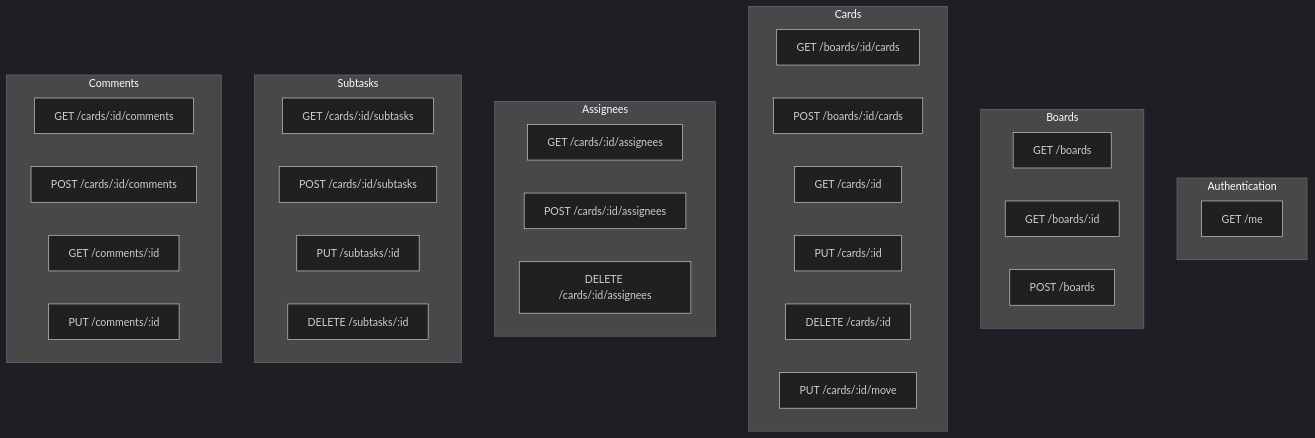
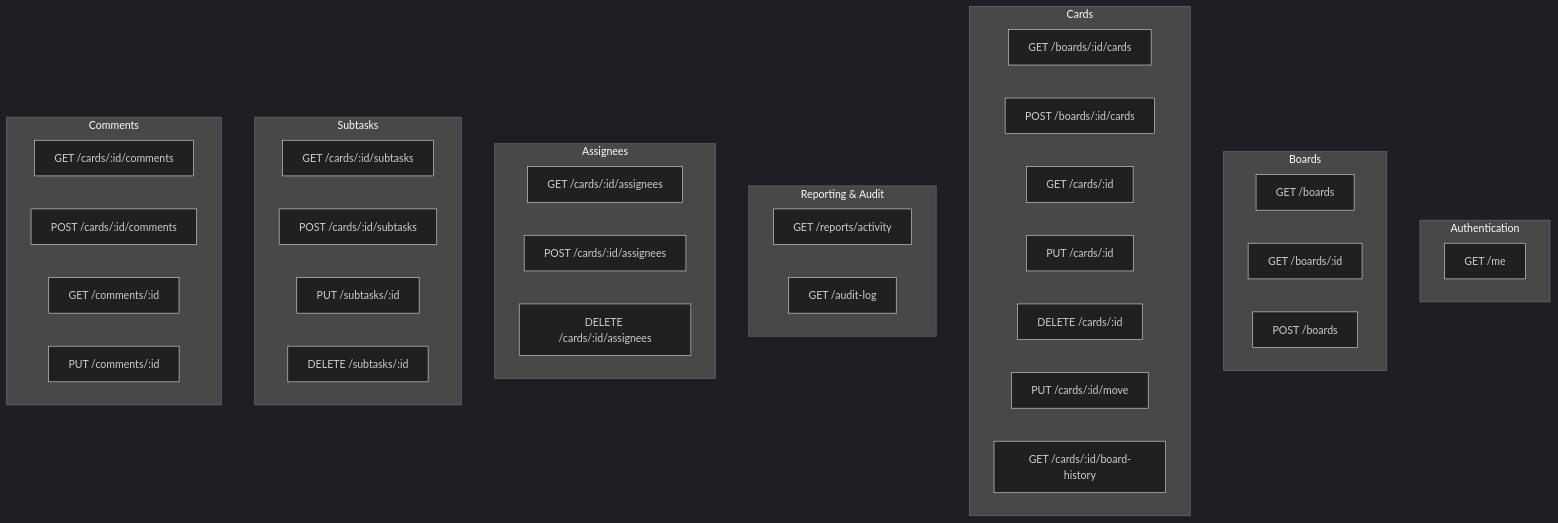
One commit to gitBoon/DumpFire changed the diagram in docs/api-reference.md. Above: the diagram before and after it, drawn with Mermaid (dark theme). The commit also changed other lines of this file and 27 other files, not shown here.

````diff
--- a/docs/api-reference.md
+++ b/docs/api-reference.md
@@ -70,41 +70,47 @@
 ```mermaid
 flowchart TB
     subgraph Auth["Authentication"]
         Me["GET /me"]
     end
 
     subgraph Boards["Boards"]
         ListBoards["GET /boards"]
         GetBoard["GET /boards/:id"]
         CreateBoard["POST /boards"]
     end
 
     subgraph Cards["Cards"]
         ListCards["GET /boards/:id/cards"]
         CreateCard["POST /boards/:id/cards"]
         GetCard["GET /cards/:id"]
         UpdateCard["PUT /cards/:id"]
         DeleteCard["DELETE /cards/:id"]
         MoveCard["PUT /cards/:id/move"]
+        BoardHistory["GET /cards/:id/board-history"]
+    end
+
+    subgraph Reporting["Reporting & Audit"]
+        Report["GET /reports/activity"]
+        Audit["GET /audit-log"]
     end
 
     subgraph Assignees["Assignees"]
         ListAssignees["GET /cards/:id/assignees"]
         AddAssignee["POST /cards/:id/assignees"]
         RemoveAssignee["DELETE /cards/:id/assignees"]
     end
 
     subgraph Subtasks["Subtasks"]
         ListSubtasks["GET /cards/:id/subtasks"]
         CreateSubtask["POST /cards/:id/subtasks"]
         UpdateSubtask["PUT /subtasks/:id"]
         DeleteSubtask["DELETE /subtasks/:id"]
     end
 
     subgraph Comments["Comments"]
         ListComments["GET /cards/:id/comments"]
         AddComment["POST /cards/:id/comments"]
         GetComment["GET /comments/:id"]
         EditComment["PUT /comments/:id"]
     end
 ```
````
